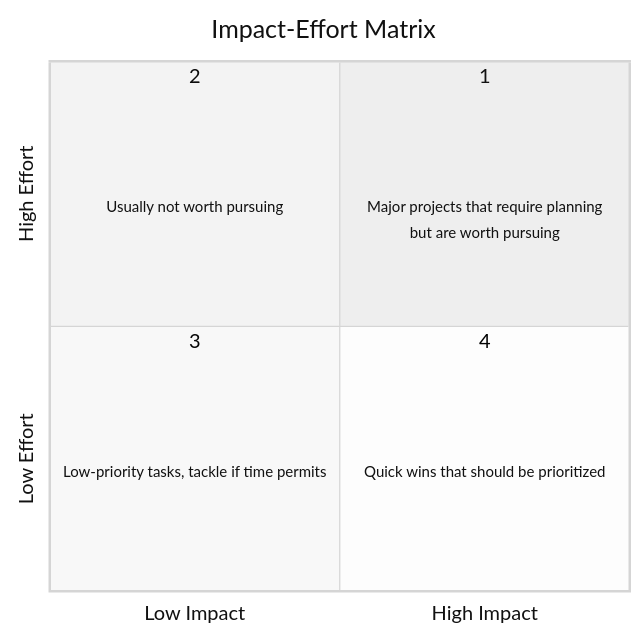
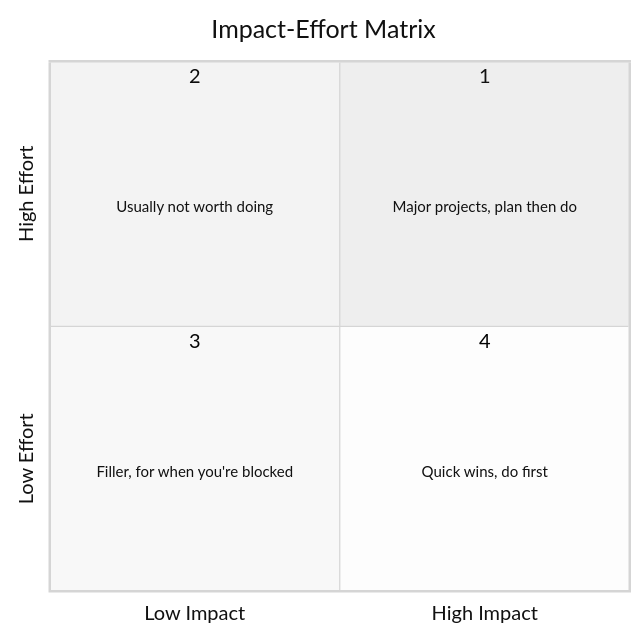
Before and after one commit to adulbrich/cs-capstone-handbook: the first of 3 diagrams in src/content/docs/guides/planning.mdx, drawn with Mermaid (neutral theme). The commit also changed other lines of this file and 2 other files, not shown here.

First line of the commit message:
docs(guides): tighten the planning guide against its sources (#381)

````diff
--- a/src/content/docs/guides/planning.mdx
+++ b/src/content/docs/guides/planning.mdx
@@ -123,15 +113,14 @@
 ```mermaid
 quadrantChart
   title Impact-Effort Matrix
   x-axis Low Impact --> High Impact
   y-axis Low Effort --> High Effort
-  quadrant-1 1 
-  quadrant-2 2 
-  quadrant-3 3 
+  quadrant-1 1
+  quadrant-2 2
+  quadrant-3 3
   quadrant-4 4
-  Major projects that require planning: [0.75, 0.75] radius: 0
-  but are worth pursuing: [0.75, 0.70] radius: 0
-  Usually not worth pursuing: [0.25, 0.75] radius: 0
-  Low-priority tasks, tackle if time permits: [0.25, 0.25] radius: 0
-  Quick wins that should be prioritized: [0.75, 0.25] radius: 0
+  Major projects, plan then do: [0.75, 0.75] radius: 0
+  Usually not worth doing: [0.25, 0.75] radius: 0
+  Filler, for when you're blocked: [0.25, 0.25] radius: 0
+  Quick wins, do first: [0.75, 0.25] radius: 0
 ```
````
